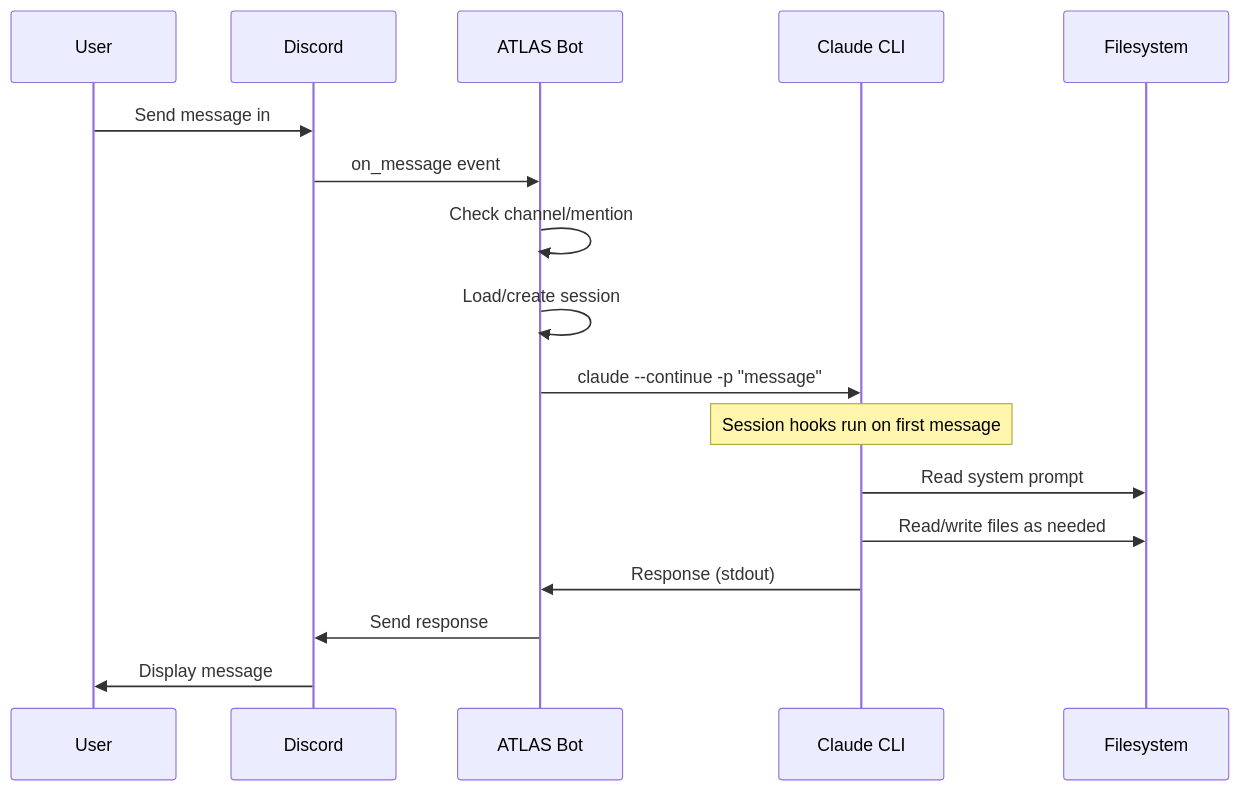
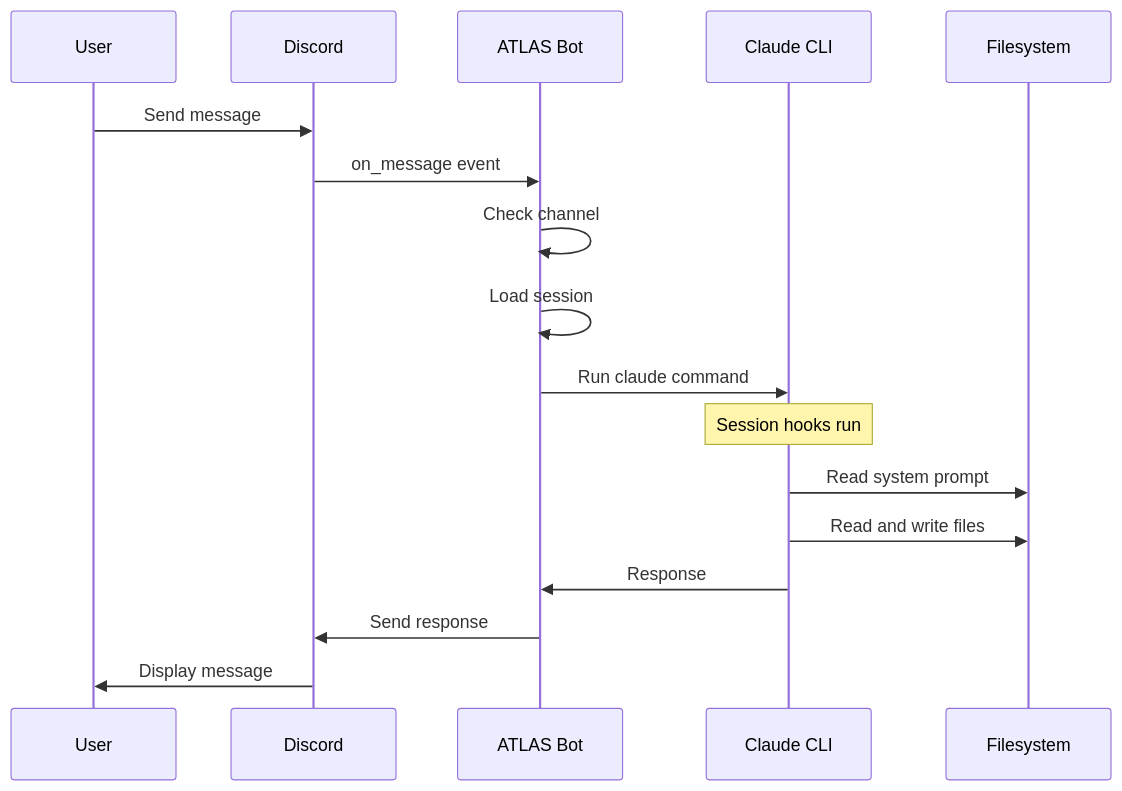
The second of 6 diagrams in README.md (jamesmoon2/ATLAS-bot), drawn with Mermaid before and after one commit. The commit also changed other lines of this file, not shown here.

First line of the commit message:
Simplify Mermaid diagrams for GitHub compatibility

````diff
--- a/README.md
+++ b/README.md
@@ -47,21 +47,21 @@
 ```mermaid
 sequenceDiagram
     participant U as User
     participant D as Discord
     participant B as ATLAS Bot
     participant C as Claude CLI
     participant F as Filesystem
 
-    U->>D: Send message in #atlas
+    U->>D: Send message
     D->>B: on_message event
-    B->>B: Check channel/mention
-    B->>B: Load/create session
-    B->>C: claude --continue -p "message"
+    B->>B: Check channel
+    B->>B: Load session
+    B->>C: Run claude command
 
-    Note over C: Session hooks run on first message
+    Note over C: Session hooks run
     C->>F: Read system prompt
-    C->>F: Read/write files as needed
-    C->>B: Response (stdout)
+    C->>F: Read and write files
+    C->>B: Response
     B->>D: Send response
     D->>U: Display message
 ```
````
